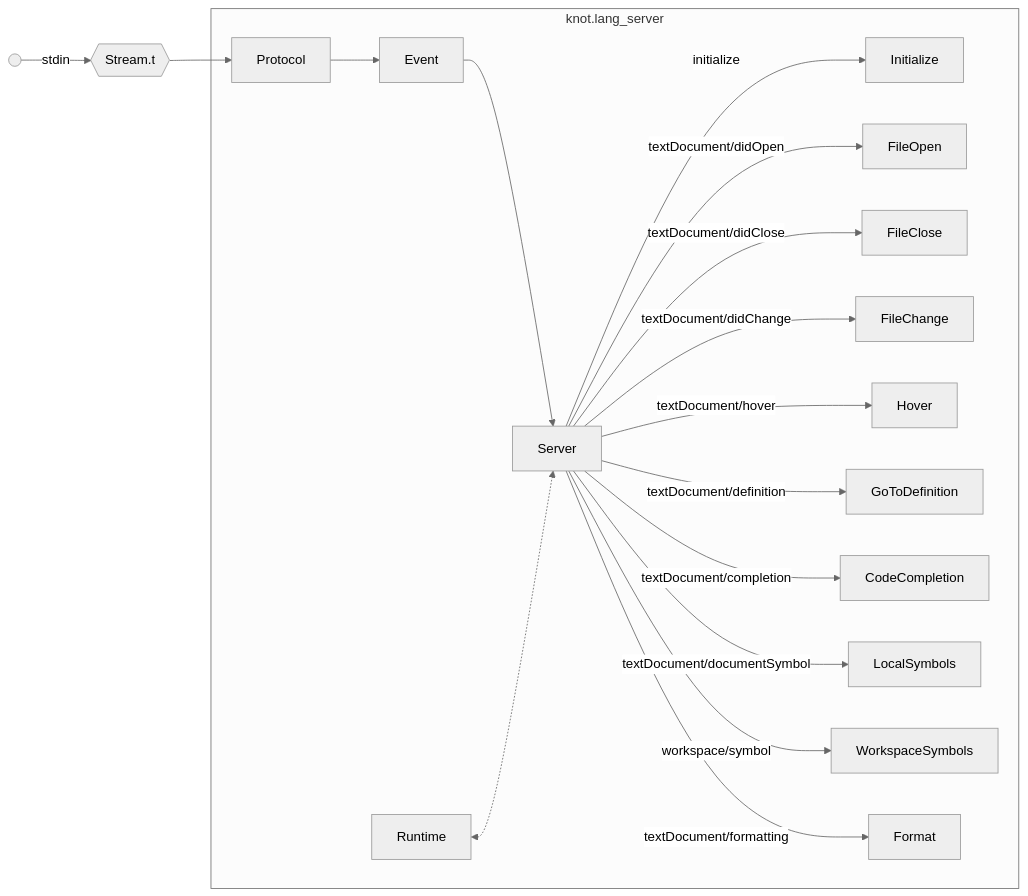
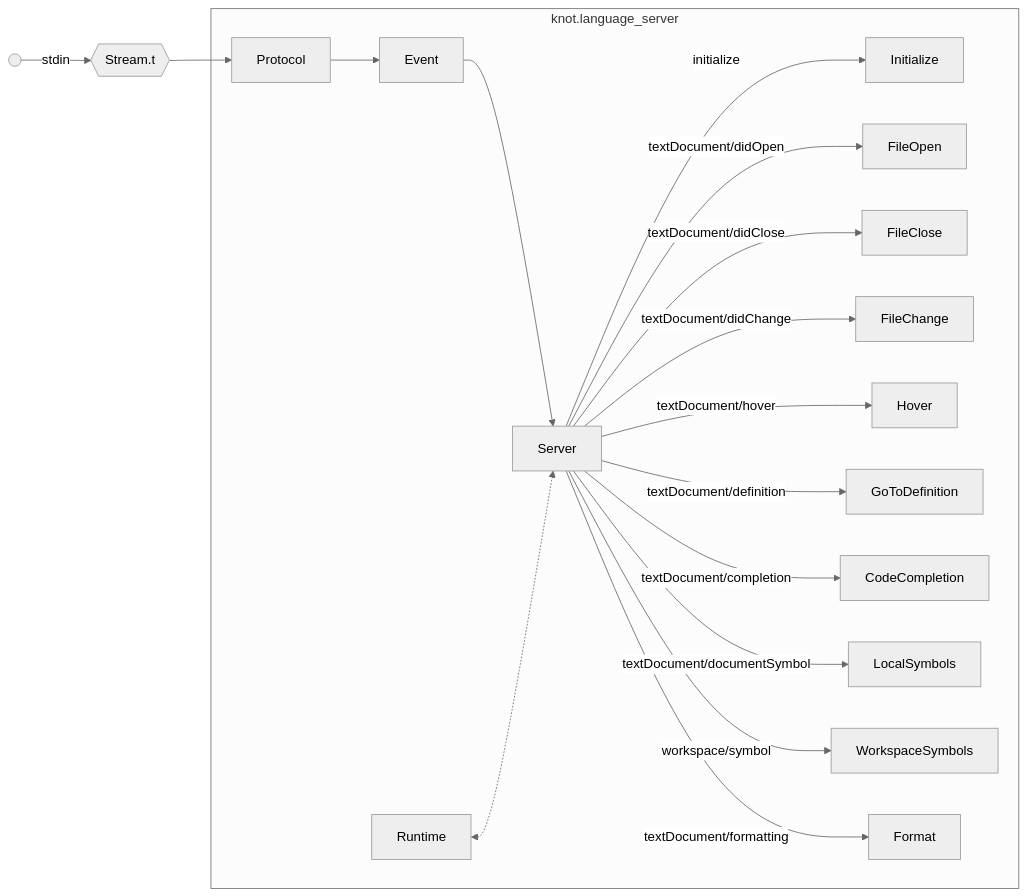
One commit to effervescentia/knot changed the diagram in compiler/src/language_server/doc/architecture.mmd. Above: the diagram before and after it, drawn with Mermaid (neutral theme). The commit also changed 8 other files, not shown here.

Commit message:
refactor: rename to language_server

```diff
--- a/compiler/src/language_server/doc/architecture.mmd
+++ b/compiler/src/language_server/doc/architecture.mmd
@@ -1,33 +1,33 @@
 flowchart LR
   in(( ))
 
-  subgraph knot.lang_server
+  subgraph knot.language_server
     Protocol
     Server
     Event
     Runtime
 
     Protocol --> Event
     Event --> Server
     Runtime <-.-> Server
 
     Server --> |initialize| Initialize
 
     Server --> |textDocument/didOpen| FileOpen
     Server --> |textDocument/didClose| FileClose
     Server --> |textDocument/didChange| FileChange
 
     Server --> |textDocument/hover| Hover
 
     Server --> |textDocument/definition| GoToDefinition
 
     Server --> |textDocument/completion| CodeCompletion
 
     Server --> |textDocument/documentSymbol| LocalSymbols
 
     Server --> |workspace/symbol| WorkspaceSymbols
 
     Server --> |textDocument/formatting| Format
   end
 
   in --> |stdin| stream{{Stream.t}} --> Protocol
```
